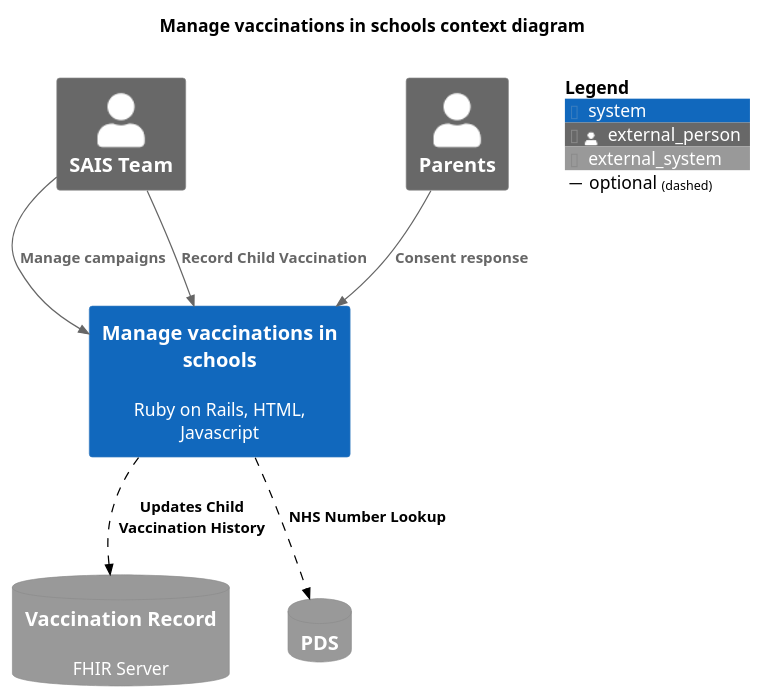
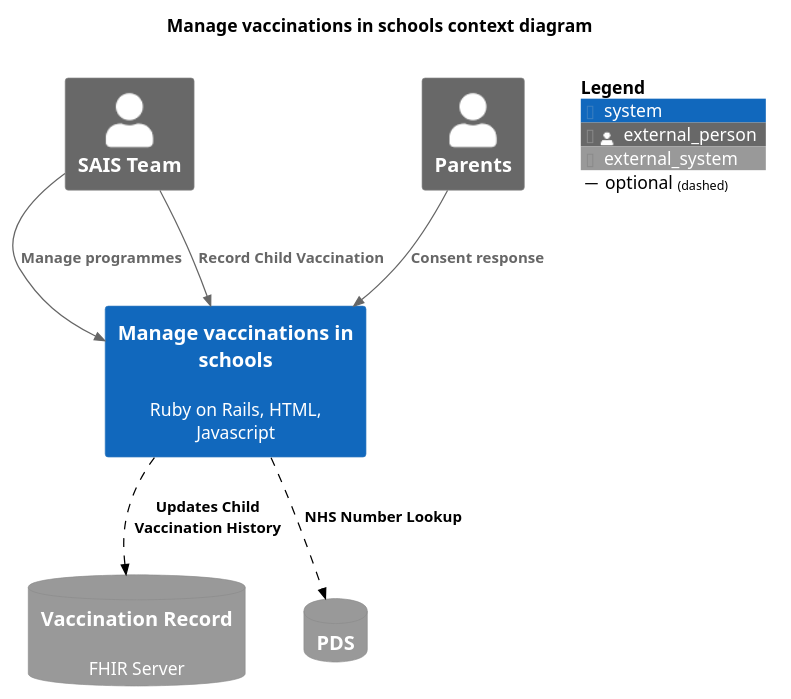
Before and after one commit to nhsuk/manage-vaccinations-in-schools: the diagram in docs/diagrams/context-view-future.puml, drawn with PlantUML. The commit also changed 180 other files, not shown here.

```diff
--- a/docs/diagrams/context-view-future.puml
+++ b/docs/diagrams/context-view-future.puml
@@ -1,27 +1,27 @@
 @startuml
 
 !include <C4/C4_Context.puml>
 
 LAYOUT_TOP_DOWN()
 
 title "Manage vaccinations in schools context diagram"
 
 Person_Ext(sais, "SAIS Team")
 Person_Ext(parents, "Parents")
 
 System(manage, "Manage vaccinations in schools", "Ruby on Rails, HTML, Javascript")
 
 SystemDb_Ext(vaccineRecord, "Vaccination Record", "FHIR Server")
 SystemDb_Ext(pds, "PDS", "")
 
 AddRelTag("optional", $textColor="black", $lineColor="black", $lineStyle="dashed")
 
-Rel(sais, manage, "Manage campaigns")
+Rel(sais, manage, "Manage programmes")
 Rel(sais, manage, "Record Child Vaccination")
 Rel(parents, manage, "Consent response")
 Rel(manage, vaccineRecord, "Updates Child Vaccination History", $tags="optional")
 Rel(manage, pds, "NHS Number Lookup", $tags="optional")
 
 SHOW_FLOATING_LEGEND()
 
 @enduml
```
